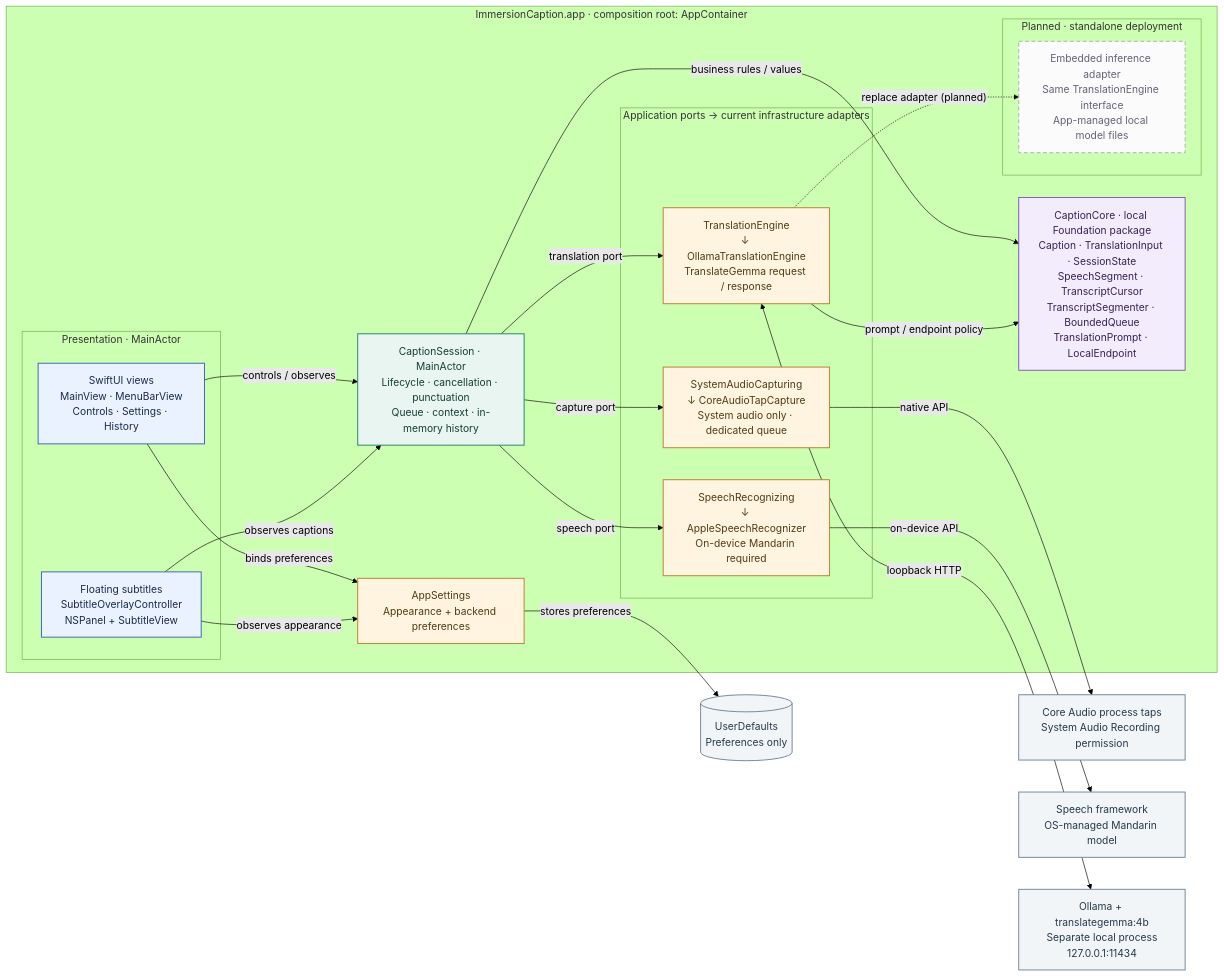
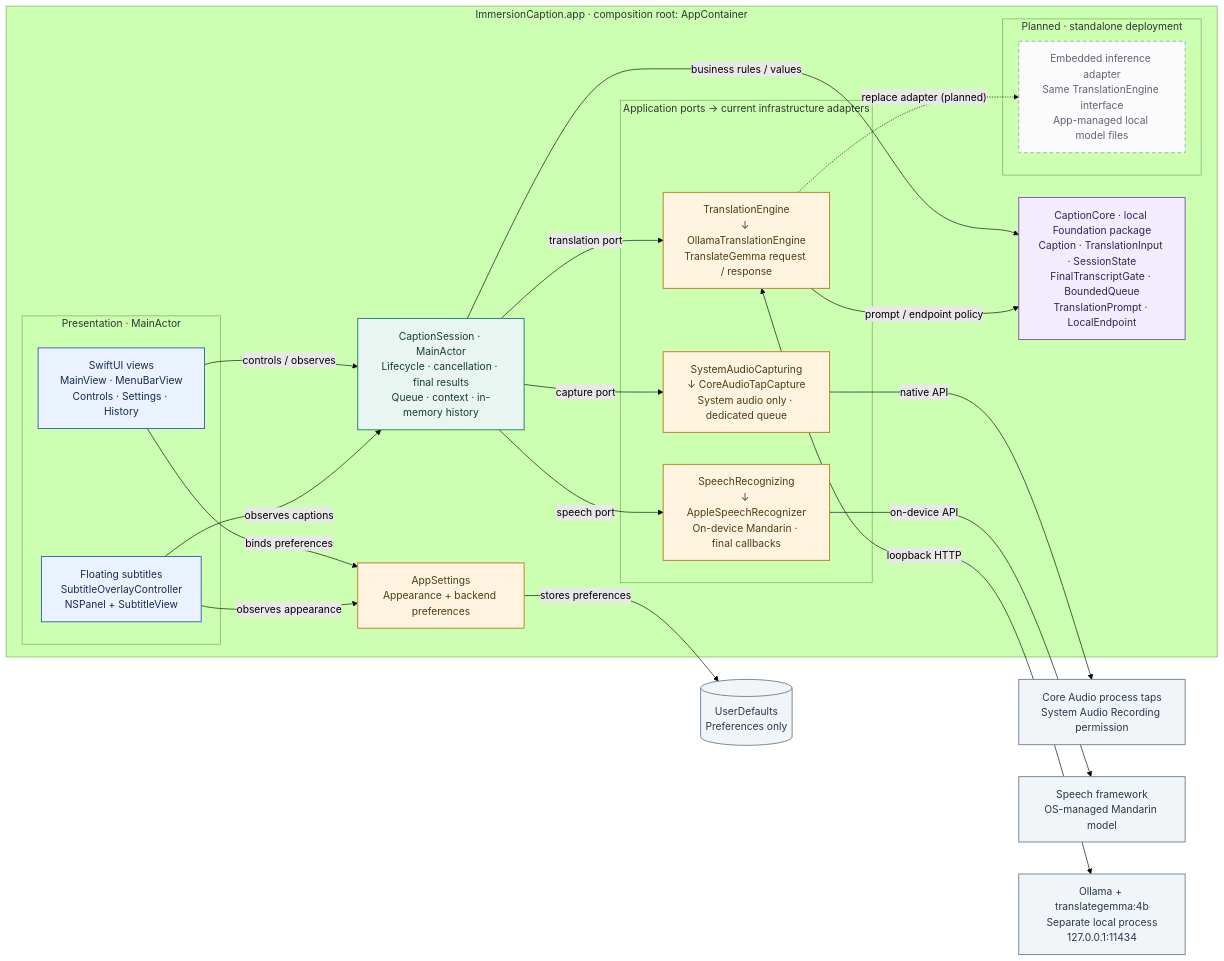
The diagram in docs/diagrams/architecture.mmd (mattt-s/ImmersionCaption), drawn with Mermaid (forest theme) before and after one commit. The commit also changed 26 other files, not shown here.

Commit message:
Translate only actual final speech results and finish requests gracefully

```diff
--- a/docs/diagrams/architecture.mmd
+++ b/docs/diagrams/architecture.mmd
@@ -1,57 +1,57 @@
 flowchart LR
     accTitle: ImmersionCaption component architecture
     accDescr: AppContainer assembles native presentation, a caption session, domain policies, and replaceable local providers. Current adapters connect to macOS frameworks and local Ollama. Embedded inference and direct model management are planned.
 
     subgraph App["ImmersionCaption.app · composition root: AppContainer"]
         subgraph Presentation["Presentation · MainActor"]
             Views["SwiftUI views<br/>MainView · MenuBarView<br/>Controls · Settings · History"]
             Overlay["Floating subtitles<br/>SubtitleOverlayController<br/>NSPanel + SubtitleView"]
         end
 
-        Session["CaptionSession · MainActor<br/>Lifecycle · cancellation · punctuation<br/>Queue · context · in-memory history"]
+        Session["CaptionSession · MainActor<br/>Lifecycle · cancellation · final results<br/>Queue · context · in-memory history"]
         Settings["AppSettings<br/>Appearance + backend preferences"]
-        Core["CaptionCore · local Foundation package<br/>Caption · TranslationInput · SessionState<br/>SpeechSegment · TranscriptCursor<br/>TranscriptSegmenter · BoundedQueue<br/>TranslationPrompt · LocalEndpoint"]
+        Core["CaptionCore · local Foundation package<br/>Caption · TranslationInput · SessionState<br/>FinalTranscriptGate · BoundedQueue<br/>TranslationPrompt · LocalEndpoint"]
 
         subgraph Providers["Application ports → current infrastructure adapters"]
             Capture["SystemAudioCapturing<br/>↓ CoreAudioTapCapture<br/>System audio only · dedicated queue"]
-            Speech["SpeechRecognizing<br/>↓ AppleSpeechRecognizer<br/>On-device Mandarin required"]
+            Speech["SpeechRecognizing<br/>↓ AppleSpeechRecognizer<br/>On-device Mandarin · final callbacks"]
             Translation["TranslationEngine<br/>↓ OllamaTranslationEngine<br/>TranslateGemma request / response"]
         end
 
         subgraph Future["Planned · standalone deployment"]
             Embedded["Embedded inference adapter<br/>Same TranslationEngine interface<br/>App-managed local model files"]
         end
     end
 
     CoreAudio["Core Audio process taps<br/>System Audio Recording permission"]
     SpeechKit["Speech framework<br/>OS-managed Mandarin model"]
     Defaults[("UserDefaults<br/>Preferences only")]
     Ollama["Ollama + translategemma:4b<br/>Separate local process<br/>127.0.0.1:11434"]
 
     Views -->|"controls / observes"| Session
     Overlay -->|"observes captions"| Session
     Views -->|"binds preferences"| Settings
     Overlay -->|"observes appearance"| Settings
     Session -->|"business rules / values"| Core
     Session -->|"capture port"| Capture
     Session -->|"speech port"| Speech
     Session -->|"translation port"| Translation
     Translation -->|"prompt / endpoint policy"| Core
     Capture -->|"native API"| CoreAudio
     Speech -->|"on-device API"| SpeechKit
     Translation <-->|"loopback HTTP"| Ollama
     Settings -->|"stores preferences"| Defaults
     Translation -. "replace adapter (planned)" .-> Embedded
 
     classDef presentation fill:#eaf2ff,stroke:#3b67b1,color:#172b4d,stroke-width:1.5px
     classDef application fill:#e8f5f1,stroke:#23836d,color:#153e35,stroke-width:1.5px
     classDef domain fill:#f2ecfc,stroke:#815bb3,color:#382254,stroke-width:1.5px
     classDef adapter fill:#fff4df,stroke:#b9822d,color:#513b16,stroke-width:1.5px
     classDef service fill:#f2f5f8,stroke:#73869a,color:#26384a,stroke-width:1.5px
     classDef planned fill:#fbfbfc,stroke:#8c8c9e,color:#626275,stroke-dasharray:6 4
     class Views,Overlay presentation
     class Session application
     class Core domain
     class Capture,Speech,Translation,Settings adapter
     class CoreAudio,SpeechKit,Defaults,Ollama service
     class Embedded planned
```
